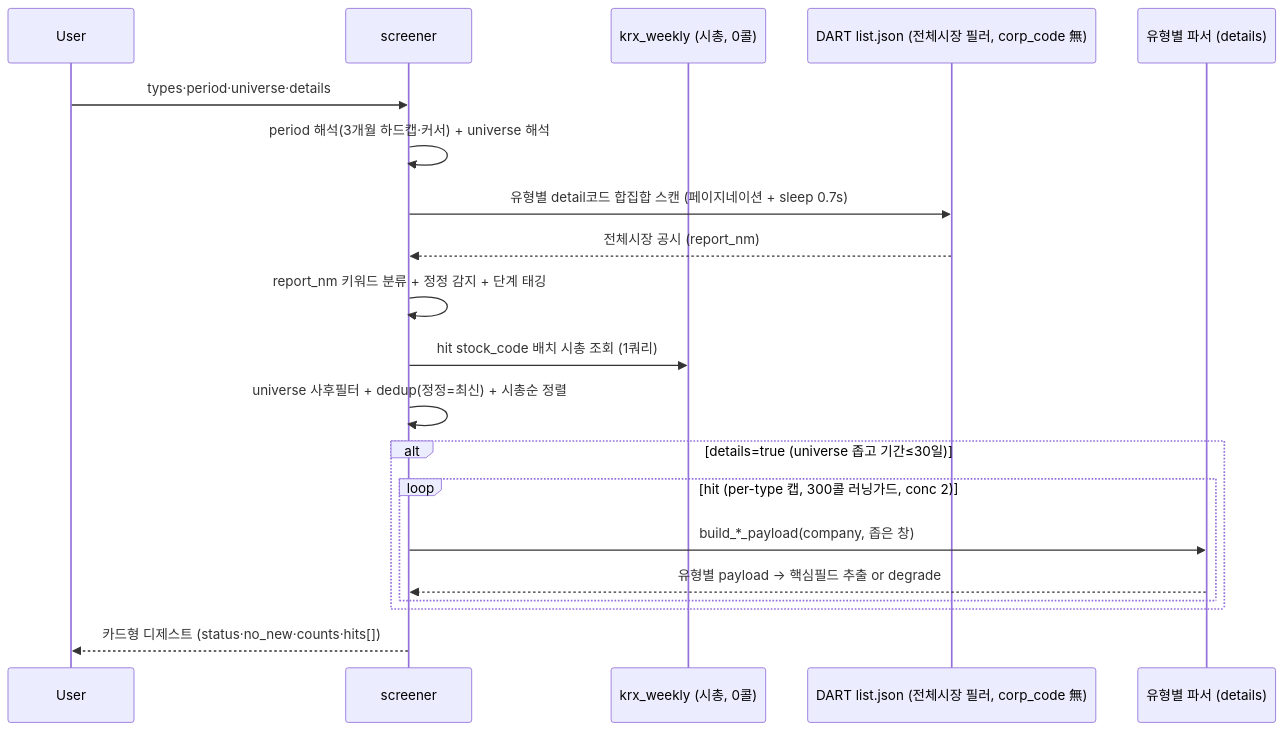
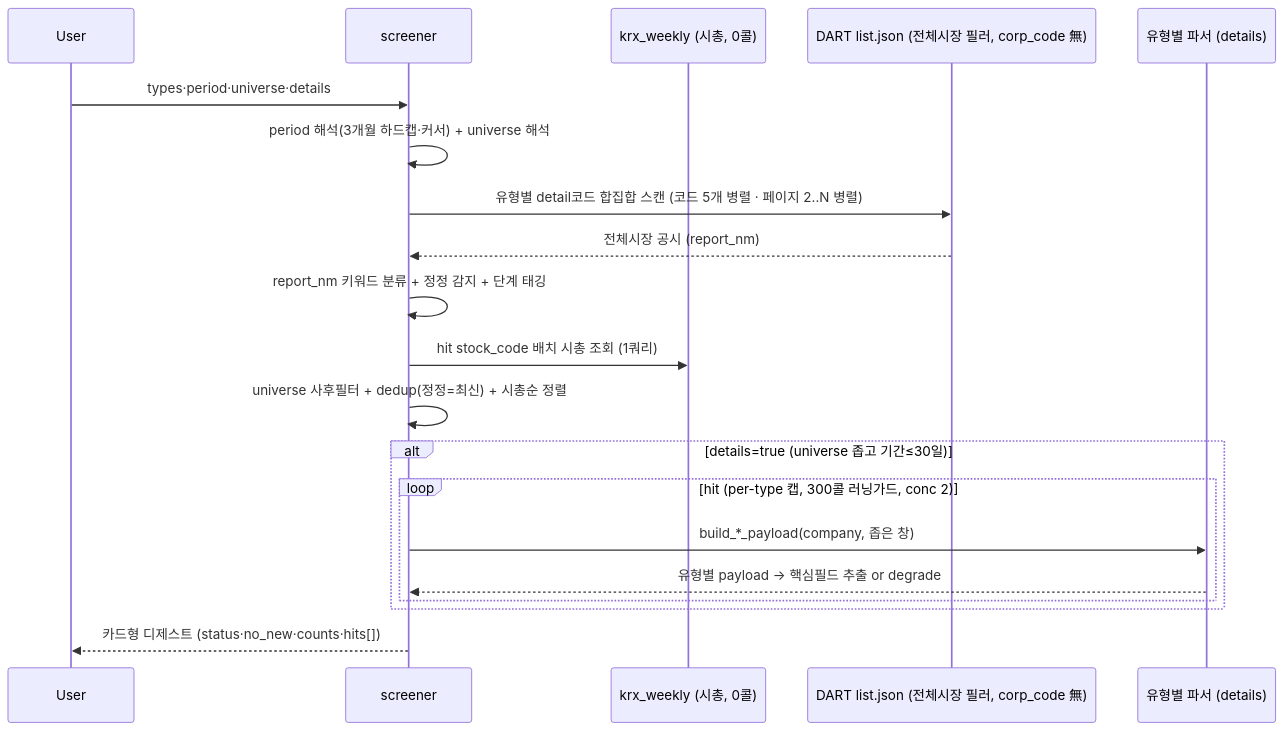
One commit to MarcoYou/open-proxy-mcp changed the diagram in wiki/tools/screener.md. Above: the diagram before and after it, drawn with Mermaid. The commit also changed other lines of this file and 1 other file, not shown here.

````diff
--- a/wiki/tools/screener.md
+++ b/wiki/tools/screener.md
@@ -81,22 +81,22 @@
 ```mermaid
 sequenceDiagram
     participant U as User
     participant S as screener
     participant K as krx_weekly (시총, 0콜)
     participant L as DART list.json (전체시장 필러, corp_code 無)
     participant P as 유형별 파서 (details)
     U->>S: types·period·universe·details
     S->>S: period 해석(3개월 하드캡·커서) + universe 해석
-    S->>L: 유형별 detail코드 합집합 스캔 (페이지네이션 + sleep 0.7s)
+    S->>L: 유형별 detail코드 합집합 스캔 (코드 5개 병렬 · 페이지 2..N 병렬)
     L-->>S: 전체시장 공시 (report_nm)
     S->>S: report_nm 키워드 분류 + 정정 감지 + 단계 태깅
     S->>K: hit stock_code 배치 시총 조회 (1쿼리)
     S->>S: universe 사후필터 + dedup(정정=최신) + 시총순 정렬
     alt details=true (universe 좁고 기간≤30일)
         loop hit (per-type 캡, 300콜 러닝가드, conc 2)
             S->>P: build_*_payload(company, 좁은 창)
             P-->>S: 유형별 payload → 핵심필드 추출 or degrade
         end
     end
     S-->>U: 카드형 디제스트 (status·no_new·counts·hits[])
 ```
````
